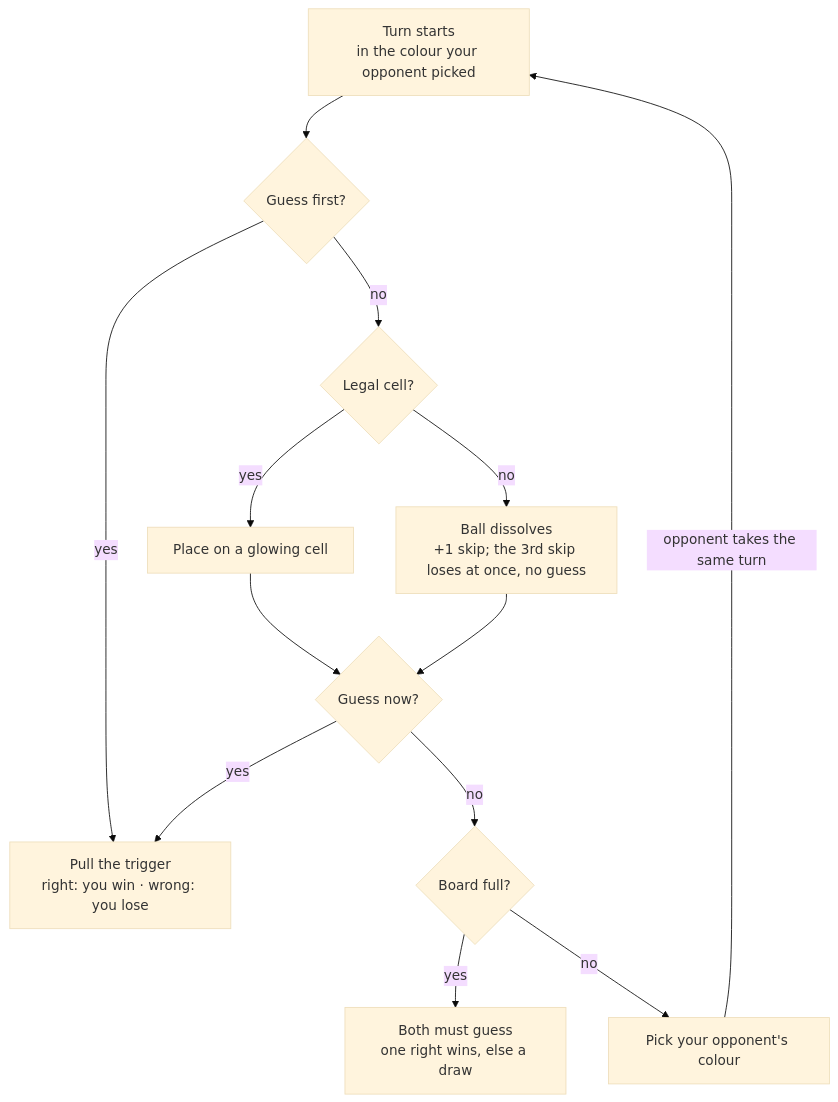
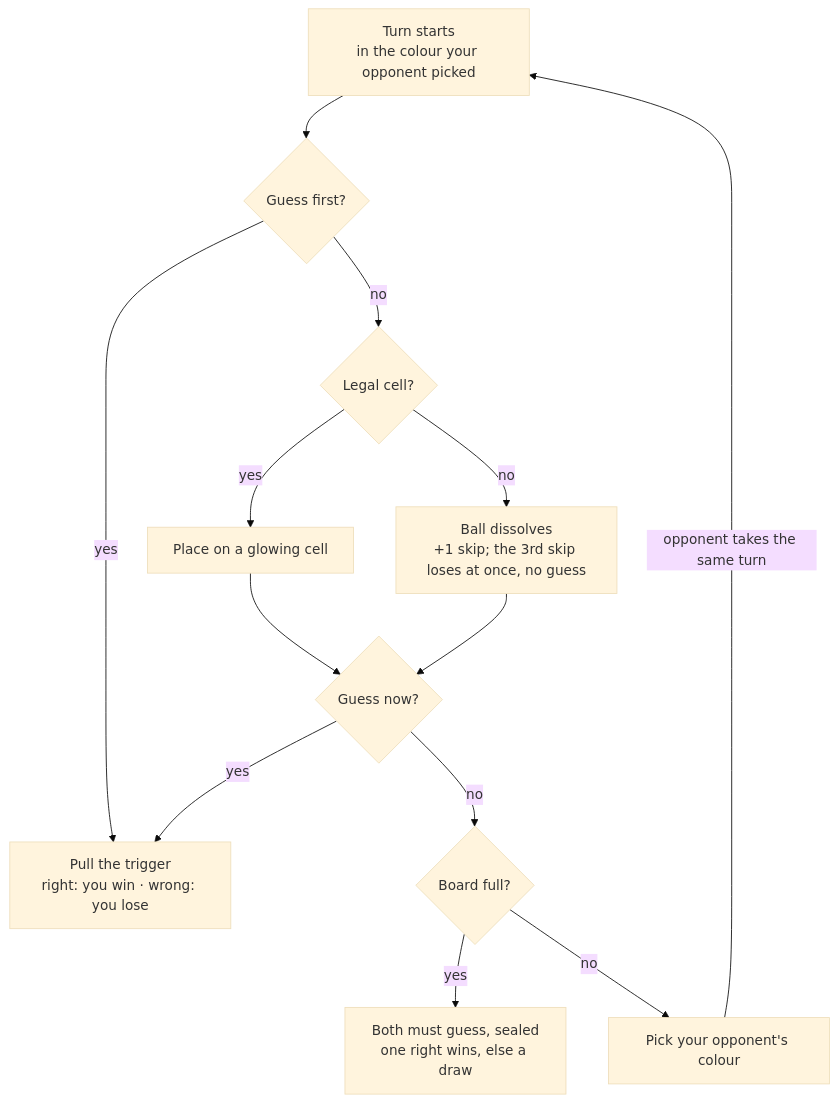
One commit to BlueDespero/Ballen changed the first of 2 diagrams in docs/game-design-document.md. Above: the diagram before and after it, drawn with Mermaid (base theme). The commit also changed other lines of this file, not shown here.

````diff
--- a/docs/game-design-document.md
+++ b/docs/game-design-document.md
@@ -38,15 +38,15 @@
 ```mermaid
 flowchart TD
     start["Turn starts<br/>in the colour your opponent picked"] --> first{"Guess first?"}
     first -- yes --> trigger["Pull the trigger<br/>right: you win · wrong: you lose"]
     first -- no --> legal{"Legal cell?"}
     legal -- yes --> place["Place on a glowing cell"]
     legal -- no --> removed["Ball dissolves<br/>+1 skip; the 3rd skip loses at once, no guess"]
     place --> guess{"Guess now?"}
     removed --> guess
     guess -- yes --> trigger
     guess -- no --> full{"Board full?"}
-    full -- yes --> both["Both must guess<br/>one right wins, else a draw"]
+    full -- yes --> both["Both must guess, sealed<br/>one right wins, else a draw"]
     full -- no --> pick["Pick your opponent's colour"]
     pick -- "opponent takes the same turn" --> start
 ```
````
